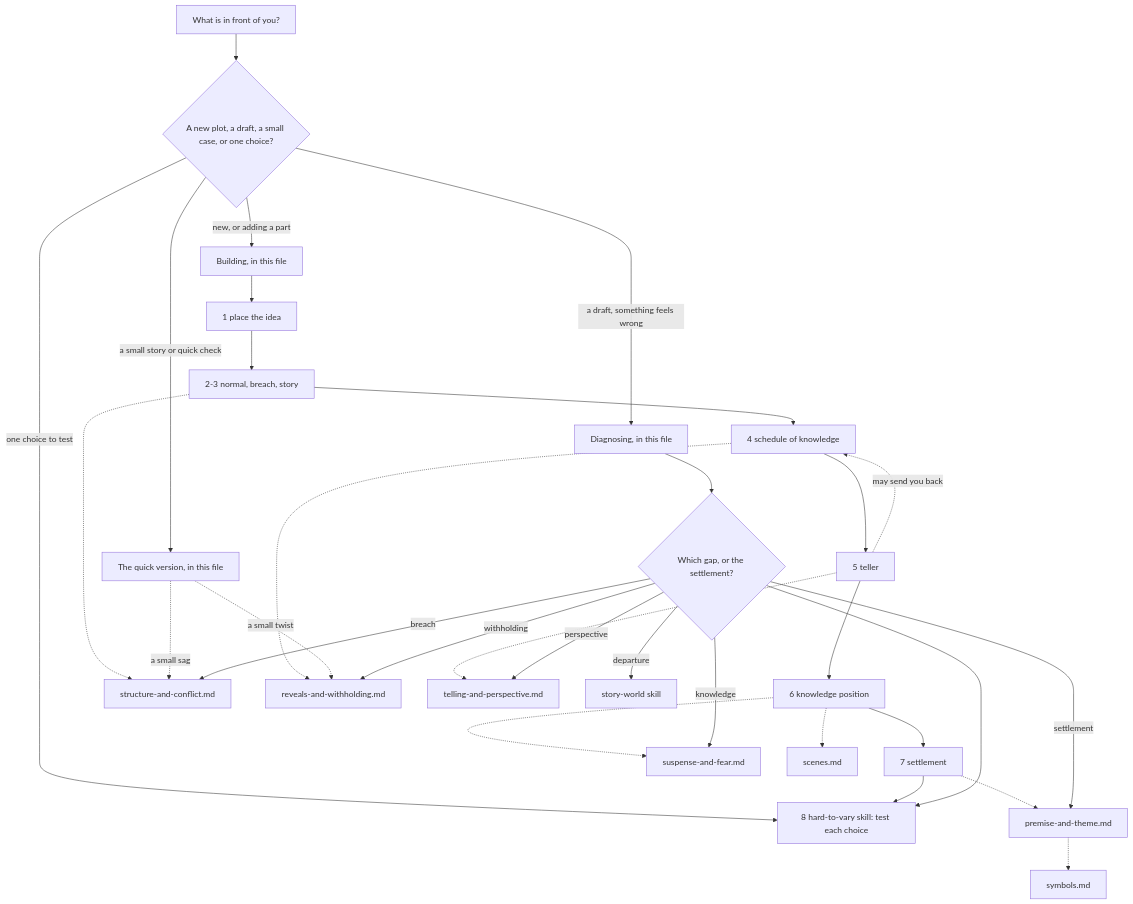
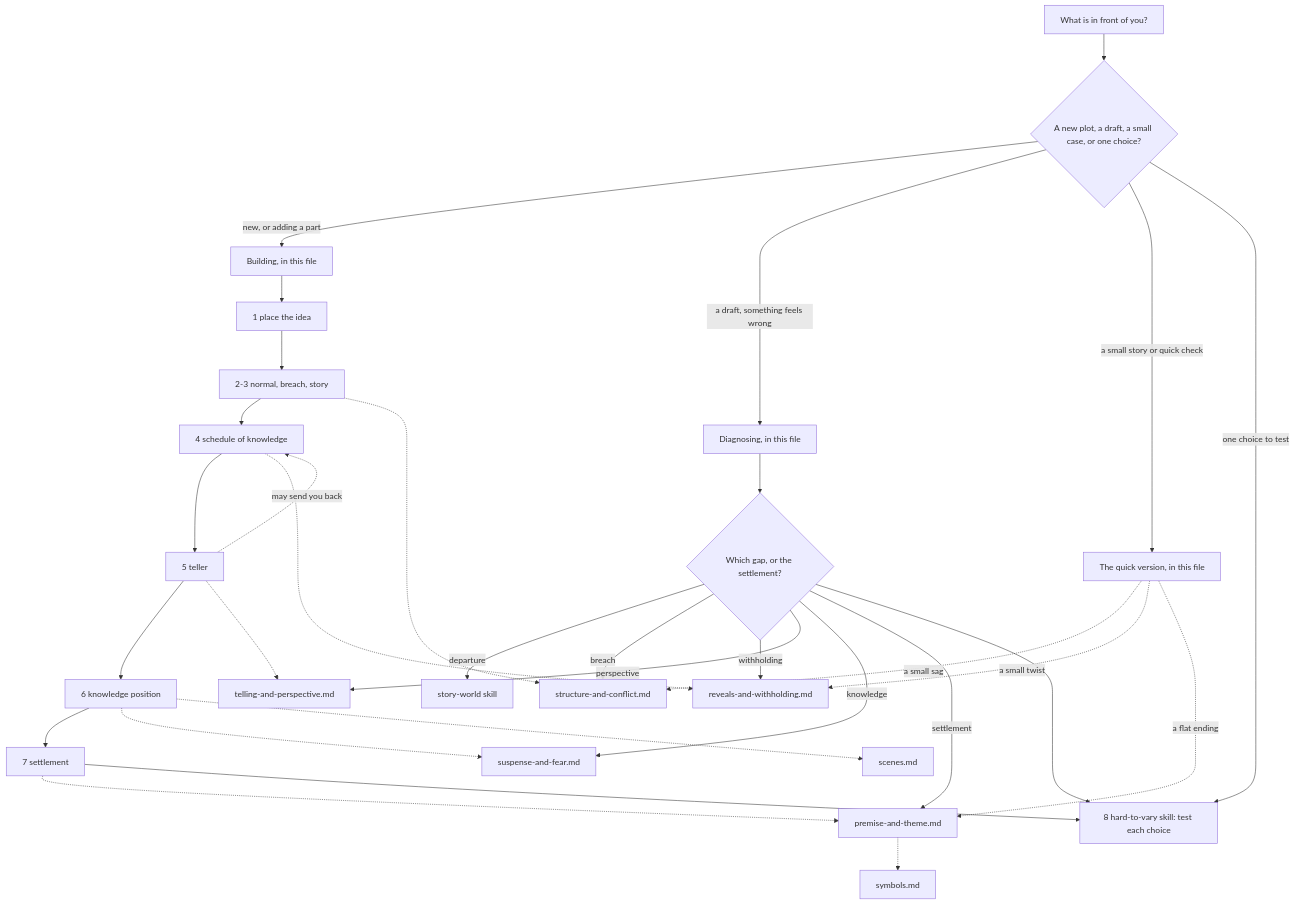
Before and after one commit to AHepi/StoryTest: the diagram in .claude/skills/plot/SKILL.md, drawn with Mermaid. The commit also changed other lines of this file and 8 other files, not shown here.

````diff
--- a/.claude/skills/plot/SKILL.md
+++ b/.claude/skills/plot/SKILL.md
@@ -46,33 +46,34 @@
 ```mermaid
 flowchart TD
   S["What is in front of you?"] --> Q{"A new plot, a draft, a small case, or one choice?"}
   Q -->|new, or adding a part| B["Building, in this file"]
   Q -->|a draft, something feels wrong| D["Diagnosing, in this file"]
   Q -->|a small story or quick check| K["The quick version, in this file"]
   Q -->|one choice to test| H["8 hard-to-vary skill: test each choice"]
   B --> I["1 place the idea"]
   I --> N["2-3 normal, breach, story"]
   N --> SC["4 schedule of knowledge"]
   SC --> T["5 teller"]
   T -.->|may send you back| SC
   T --> KP["6 knowledge position"]
   KP --> SE["7 settlement"]
   N -.-> SCC["structure-and-conflict.md"]
   SC -.-> RW["reveals-and-withholding.md"]
   T -.-> TP["telling-and-perspective.md"]
   KP -.-> SF["suspense-and-fear.md"]
   KP -.-> SN["scenes.md"]
   SE -.-> PT["premise-and-theme.md"]
   PT -.-> SY["symbols.md"]
   K -.->|a small sag| SCC
   K -.->|a small twist| RW
+  K -.->|a flat ending| PT
   D --> G{"Which gap, or the settlement?"}
   G -->|departure| SW["story-world skill"]
   G -->|breach| SCC
   G -->|withholding| RW
   G -->|perspective| TP
   G -->|knowledge| SF
   G -->|settlement| PT
   SE --> H
   G --> H
 ```
````
